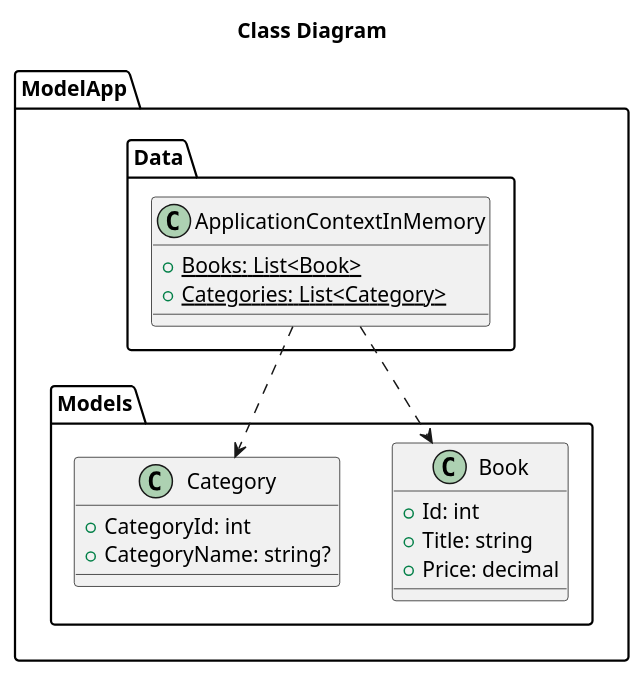
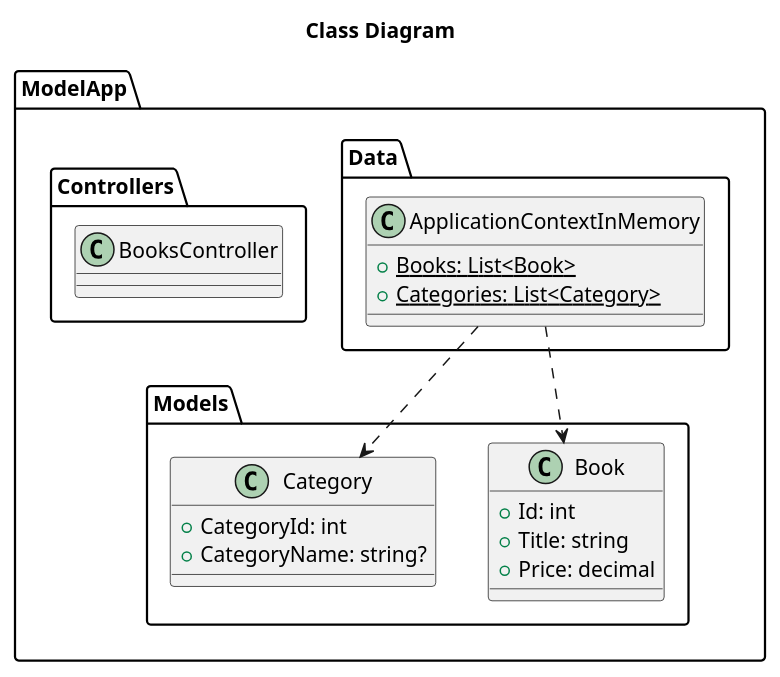
One commit to zcomert/api changed the diagram in ModelApp/UMLs/App.puml. Above: the diagram before and after it, drawn with PlantUML. The commit also changed 1 other file, not shown here.

```diff
--- a/ModelApp/UMLs/App.puml
+++ b/ModelApp/UMLs/App.puml
@@ -1,26 +1,31 @@
 @startuml
 title Class Diagram
 
 package "ModelApp.Models" {
     class Book {
         + Id: int
         + Title: string
         + Price: decimal
     }
 
     class Category {
         + CategoryId: int
         + CategoryName: string?
     }
 }
 
 package "ModelApp.Data" {
     class ApplicationContextInMemory {
         + {static} Books: List<Book>
         + {static} Categories: List<Category>
     }
 }
 
+package "ModelApp.Controllers" {
+    class BooksController {
+    }
+}
+
 "ModelApp.Data.ApplicationContextInMemory" ..> "ModelApp.Models.Book"
 "ModelApp.Data.ApplicationContextInMemory" ..> "ModelApp.Models.Category"
 @enduml
```
